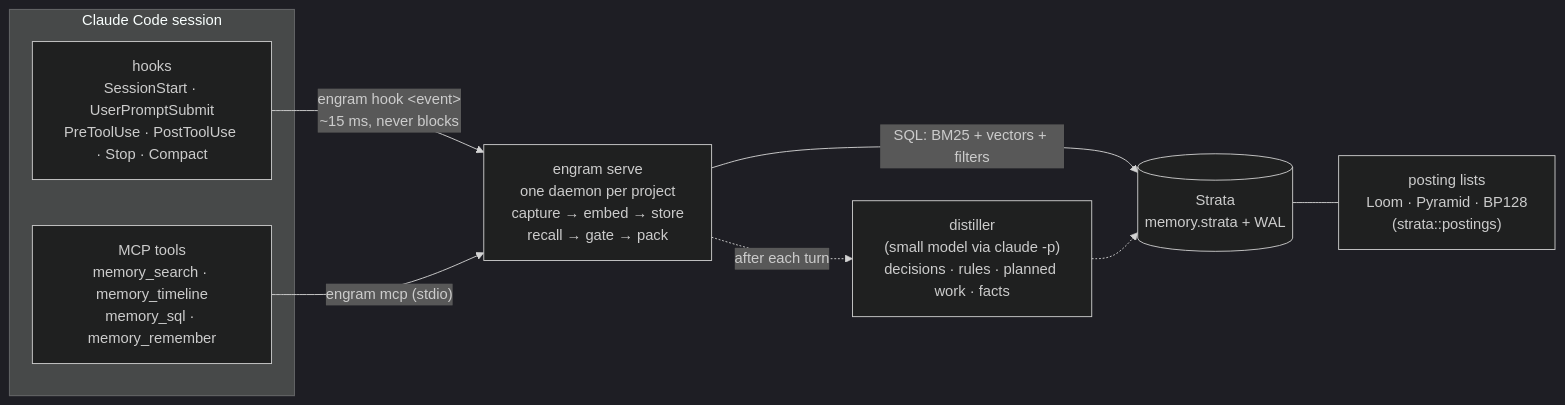
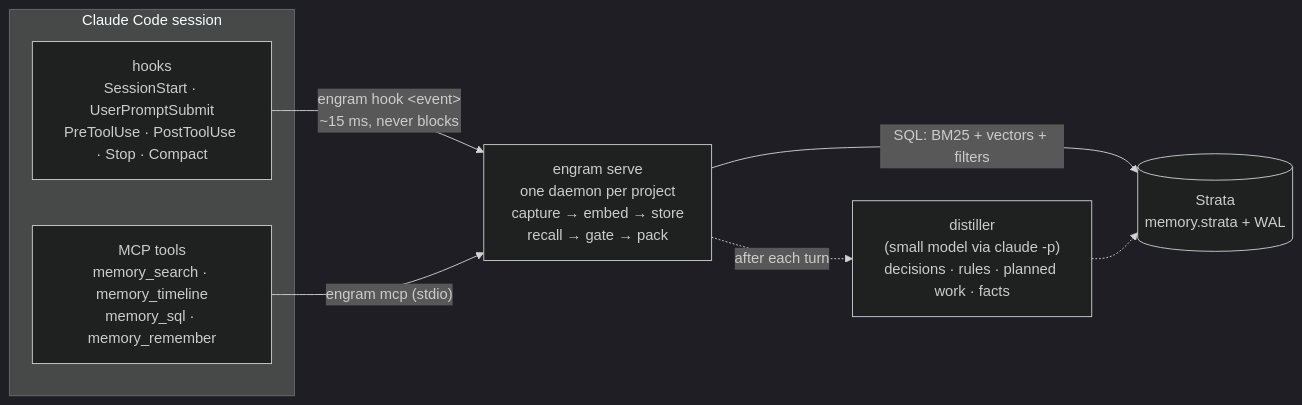
The second of 2 diagrams in README.md (chloetech-ai/strata), drawn with Mermaid (dark theme) before and after one commit. The commit also changed other lines of this file and 16 other files, not shown here.

````diff
--- a/README.md
+++ b/README.md
@@ -38,14 +114,13 @@
 ```mermaid
 flowchart LR
     subgraph CC["Claude Code session"]
         HK["hooks<br/>SessionStart · UserPromptSubmit<br/>PreToolUse · PostToolUse · Stop · Compact"]
         MCP["MCP tools<br/>memory_search · memory_timeline<br/>memory_sql · memory_remember"]
     end
     HK -- "engram hook &lt;event&gt;<br/>~15 ms, never blocks" --> D
     MCP -- "engram mcp (stdio)" --> D
     D["engram serve<br/>one daemon per project<br/>capture → embed → store<br/>recall → gate → pack"]
     D -- "SQL: BM25 + vectors + filters" --> S[("Strata<br/>memory.strata + WAL")]
     D -. "after each turn" .-> DL["distiller<br/>(small model via claude -p)<br/>decisions · rules · planned work · facts"]
     DL -.-> S
-    S --- PB["posting lists<br/>Loom · Pyramid · BP128<br/>(strata::postings)"]
 ```
````
